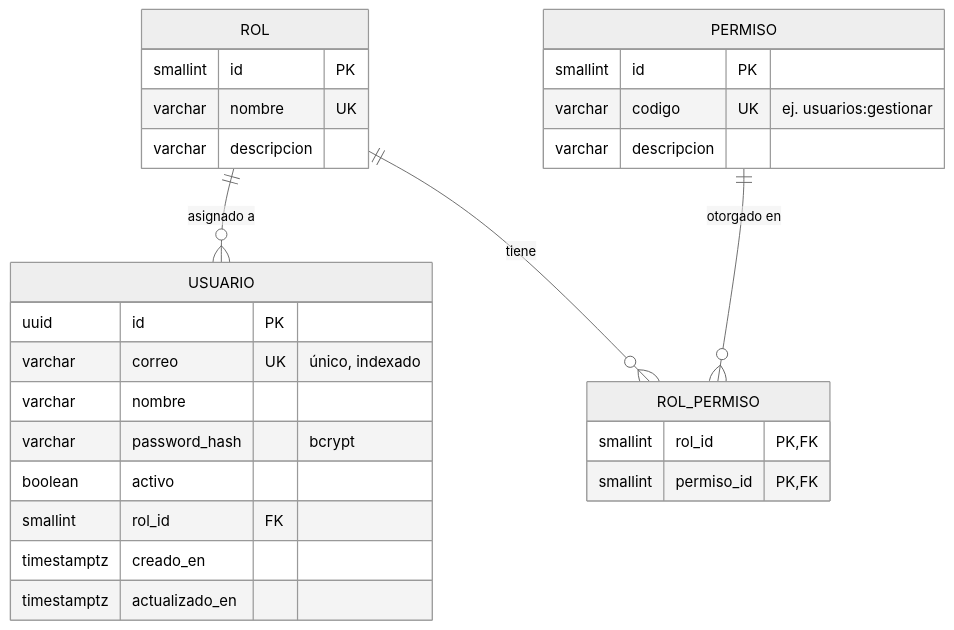
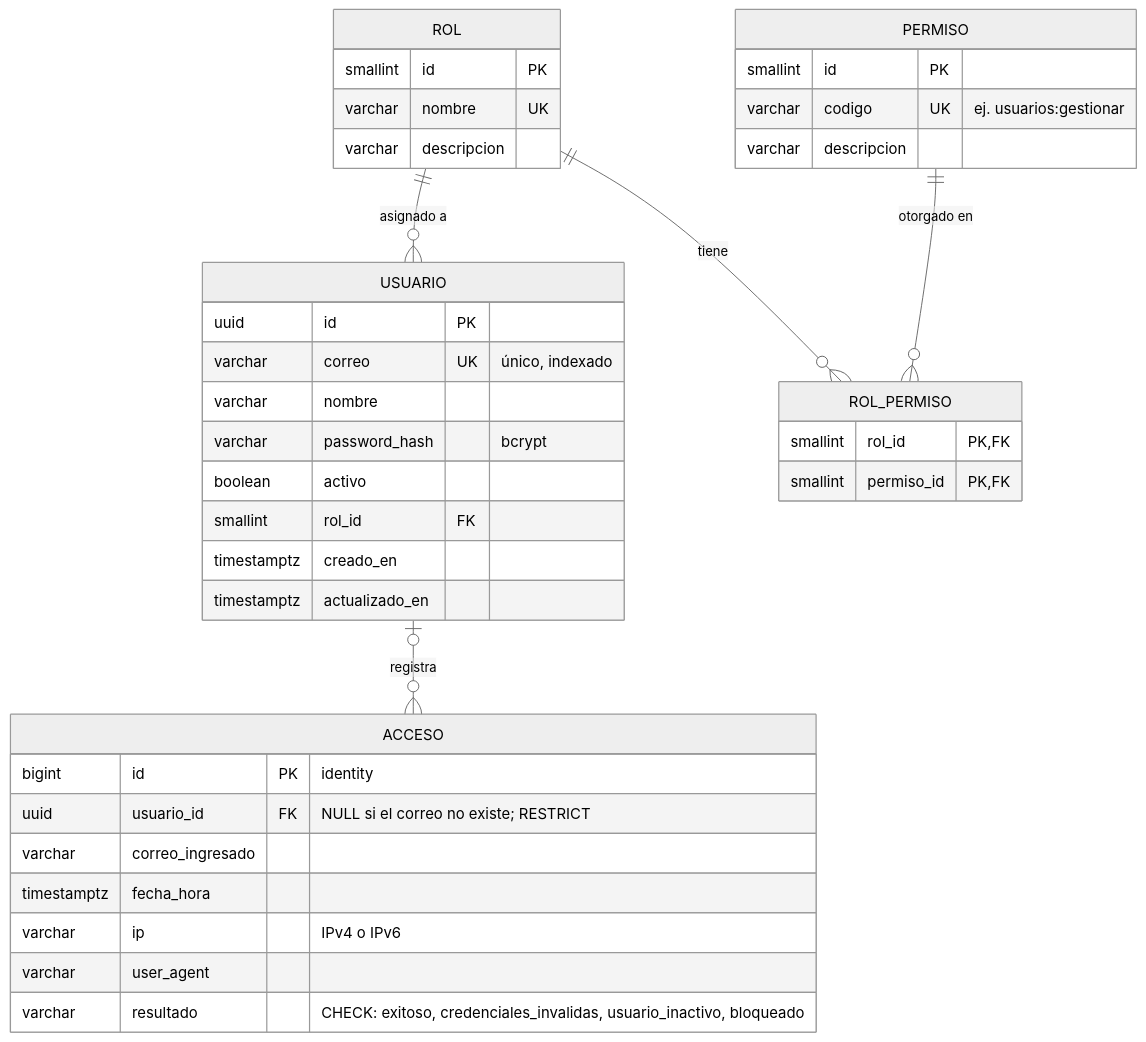
The diagram in docs/modelo-datos.md (Proyecto-Capstone/nodovip-tabletop), drawn with Mermaid (neutral theme) before and after one commit. The commit also changed other lines of this file and 4 other files, not shown here.

````diff
--- a/docs/modelo-datos.md
+++ b/docs/modelo-datos.md
@@ -7,31 +7,41 @@
 ```mermaid
 erDiagram
     ROL ||--o{ USUARIO : "asignado a"
+    USUARIO |o--o{ ACCESO : "registra"
     ROL ||--o{ ROL_PERMISO : tiene
     PERMISO ||--o{ ROL_PERMISO : "otorgado en"
 
     USUARIO {
         uuid id PK
         varchar correo UK "único, indexado"
         varchar nombre
         varchar password_hash "bcrypt"
         boolean activo
         smallint rol_id FK
         timestamptz creado_en
         timestamptz actualizado_en
     }
     ROL {
         smallint id PK
         varchar nombre UK
         varchar descripcion
     }
     PERMISO {
         smallint id PK
         varchar codigo UK "ej. usuarios:gestionar"
         varchar descripcion
     }
     ROL_PERMISO {
         smallint rol_id PK, FK
         smallint permiso_id PK, FK
     }
+    ACCESO {
+        bigint id PK "identity"
+        uuid usuario_id FK "NULL si el correo no existe; RESTRICT"
+        varchar correo_ingresado
+        timestamptz fecha_hora
+        varchar ip "IPv4 o IPv6"
+        varchar user_agent
+        varchar resultado "CHECK: exitoso, credenciales_invalidas, usuario_inactivo, bloqueado"
+    }
 ```
````
